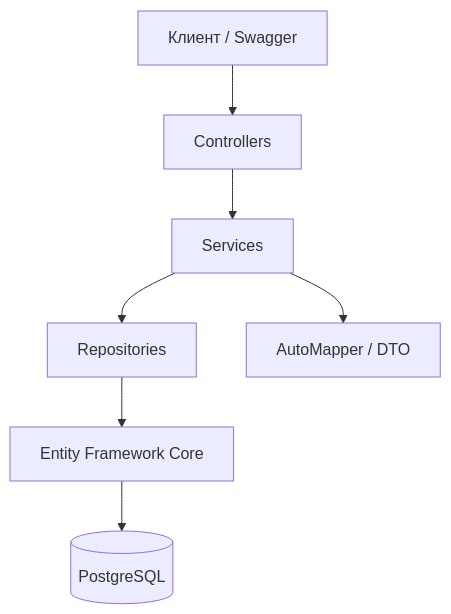
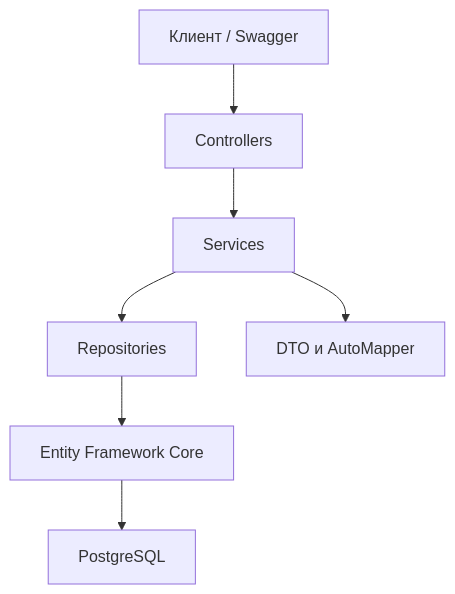
Before and after one commit to nynforeva/UniversityCourseManagementApi: the diagram in docs/architecture.md, drawn with Mermaid. The commit also changed other lines of this file, not shown here.

Commit message:
Update architecture documentation with Markdown syntax

````diff
--- a/docs/architecture.md
+++ b/docs/architecture.md
@@ -5,9 +7,9 @@
 ```mermaid
 flowchart TD
-    A[Клиент / Swagger] --> B[Controllers]
-    B --> C[Services]
-    C --> D[Repositories]
-    D --> E[Entity Framework Core]
-    E --> F[(PostgreSQL)]
-    C --> G[AutoMapper / DTO]
+    A["Клиент / Swagger"] --> B["Controllers"]
+    B --> C["Services"]
+    C --> D["Repositories"]
+    D --> E["Entity Framework Core"]
+    E --> F["PostgreSQL"]
+    C --> G["DTO и AutoMapper"]
 ```
````
